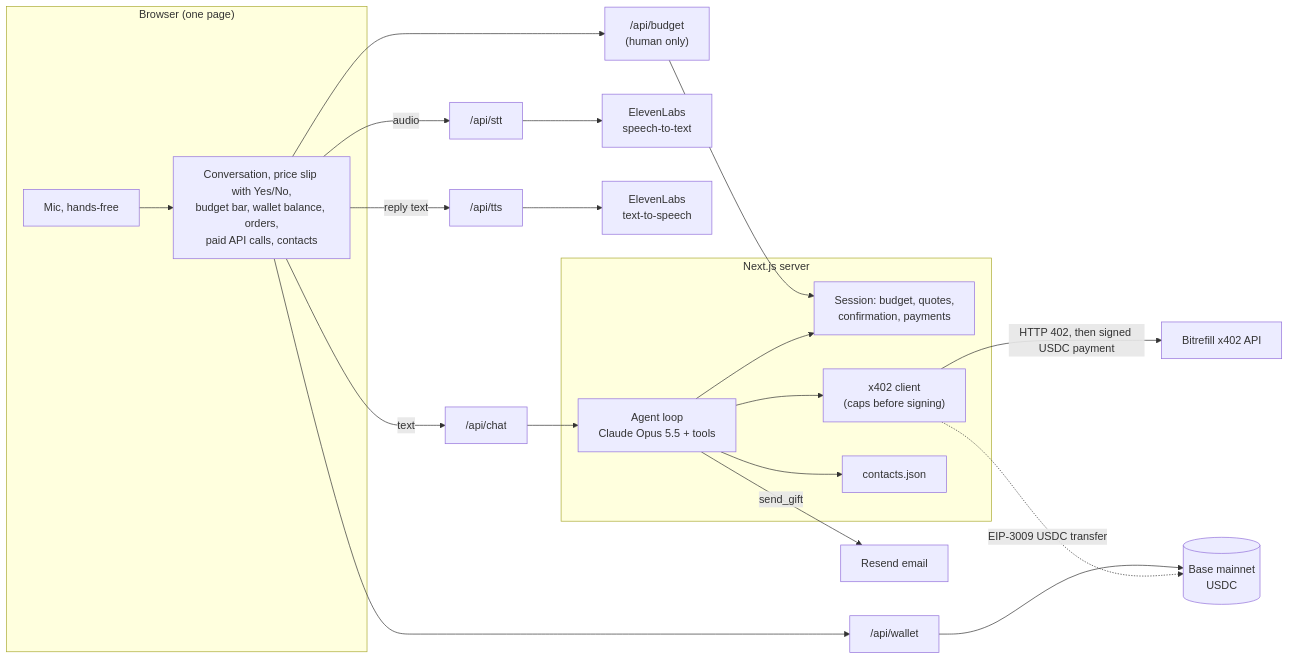
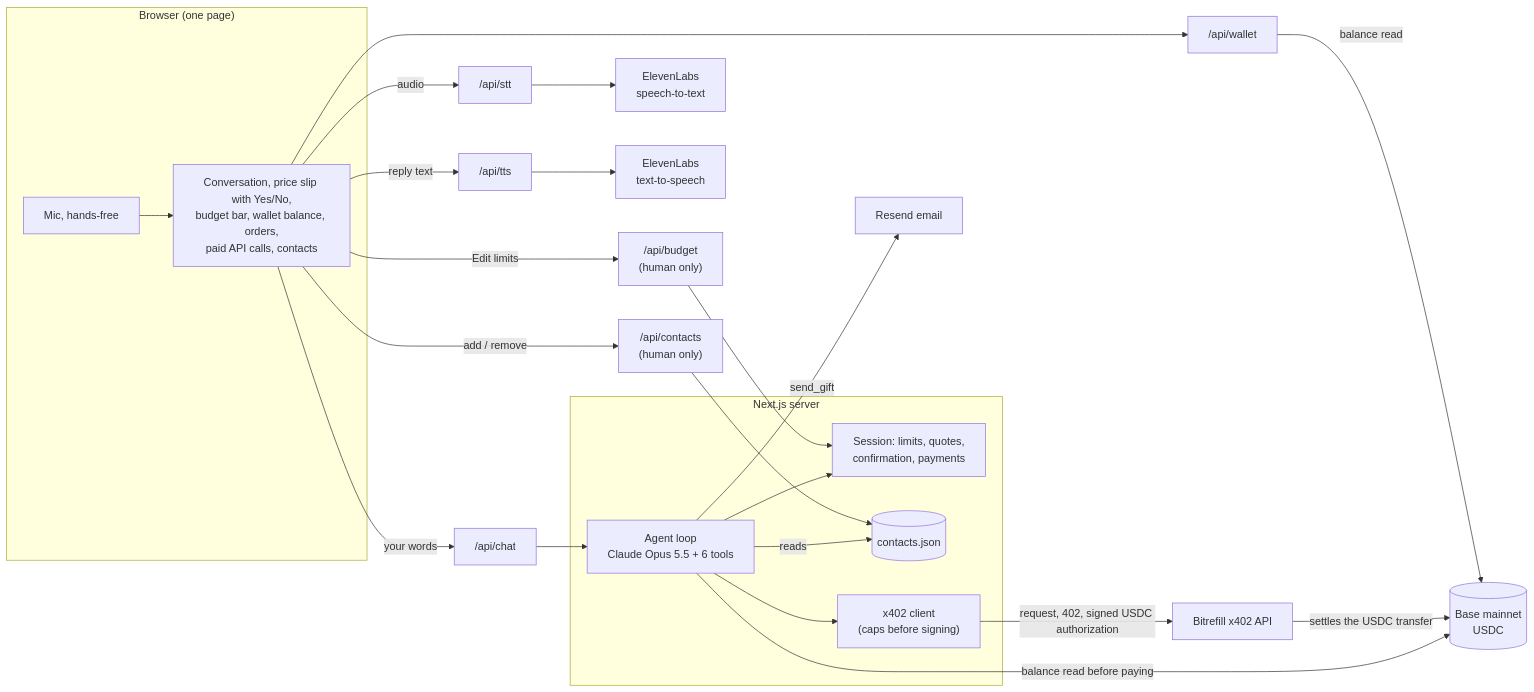
One commit to jackdudley/usdc_bitrefill changed the first of 2 diagrams in README.md. Above: the diagram before and after it, drawn with Mermaid. The commit also changed other lines of this file and 1 other file, not shown here.

First line of the commit message:
README: correct architecture and settlement flow, document tools and page controls

````diff
--- a/README.md
+++ b/README.md
@@ -19,24 +42,25 @@
 ```mermaid
 flowchart LR
   subgraph Browser["Browser (one page)"]
     Mic["Mic, hands-free"] --> UI
     UI["Conversation, price slip with Yes/No,<br/>budget bar, wallet balance, orders,<br/>paid API calls, contacts"]
   end
 
   UI -- audio --> STT["/api/stt"] --> EL1["ElevenLabs<br/>speech-to-text"]
-  UI -- text --> Chat["/api/chat"]
-  Chat --> Agent
-  UI -- reply text --> TTS["/api/tts"] --> EL2["ElevenLabs<br/>text-to-speech"]
-  UI --> Budget["/api/budget<br/>(human only)"] --> Session
-  UI --> Wallet["/api/wallet"] --> Base
+  UI -- "your words" --> Chat["/api/chat"] --> Agent
+  UI -- "reply text" --> TTS["/api/tts"] --> EL2["ElevenLabs<br/>text-to-speech"]
+  UI -- "Edit limits" --> Budget["/api/budget<br/>(human only)"] --> Session
+  UI -- "add / remove" --> ContactsAPI["/api/contacts<br/>(human only)"] --> Contacts
+  UI --> Wallet["/api/wallet"] -- "balance read" --> Base
 
   subgraph Server["Next.js server"]
-    Agent["Agent loop<br/>Claude Opus 5.5 + tools"] --> Session["Session: budget, quotes,<br/>confirmation, payments"]
+    Agent["Agent loop<br/>Claude Opus 5.5 + 6 tools"] --> Session["Session: limits, quotes,<br/>confirmation, payments"]
     Agent --> Client["x402 client<br/>(caps before signing)"]
-    Agent --> Contacts["contacts.json"]
+    Agent -- "reads" --> Contacts[("contacts.json")]
   end
 
-  Client -- "HTTP 402, then signed USDC payment" --> Bitrefill["Bitrefill x402 API"]
-  Client -. "EIP-3009 USDC transfer" .-> Base[("Base mainnet<br/>USDC")]
+  Client -- "request, 402, signed USDC authorization" --> Bitrefill["Bitrefill x402 API"]
+  Bitrefill -- "settles the USDC transfer" --> Base[("Base mainnet<br/>USDC")]
+  Agent -- "balance read before paying" --> Base
   Agent -- send_gift --> Resend["Resend email"]
 ```
````
